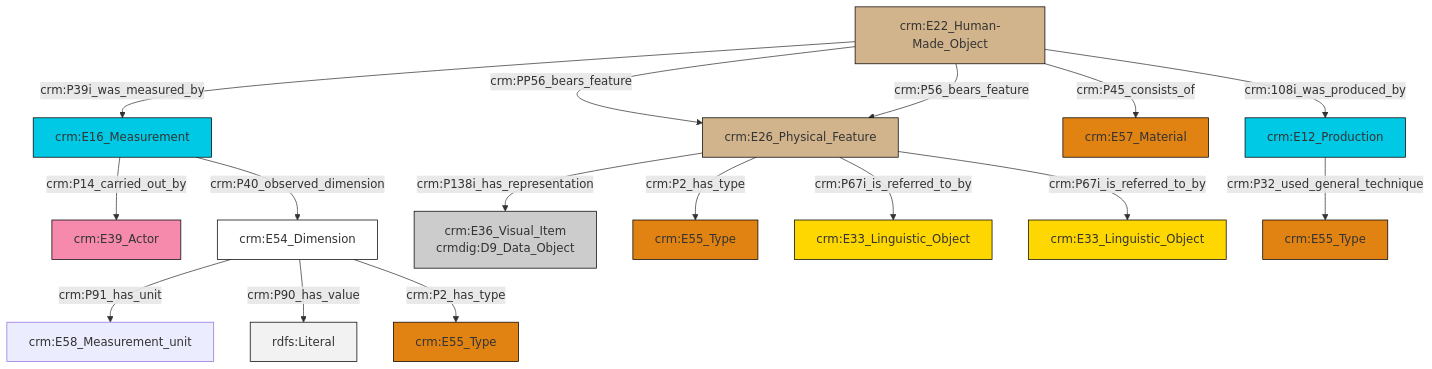
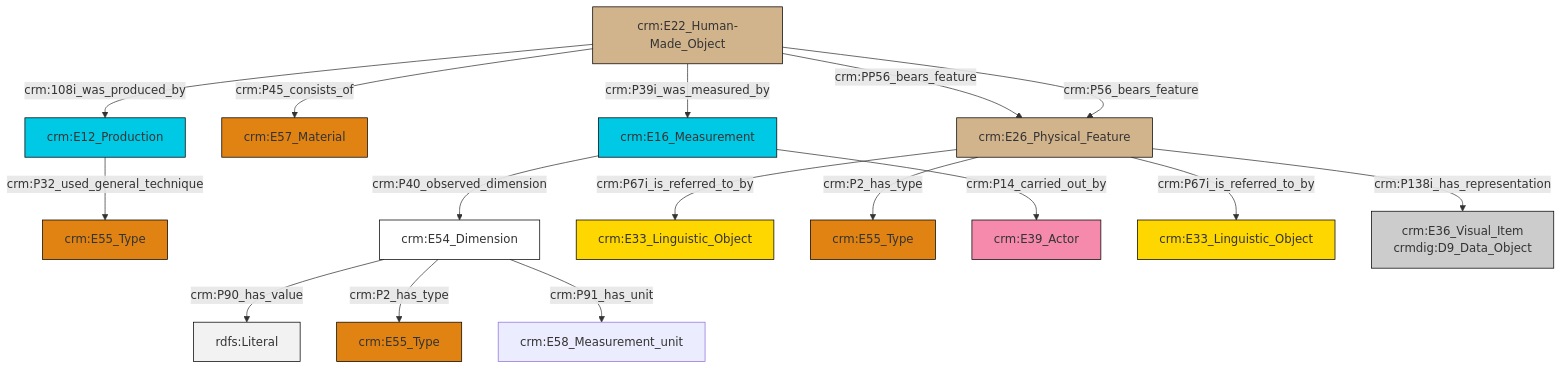
The diagram in et/carrierCSV/ttl/mmd/carrier_substance.ttl.mmd (swiss-art-research-net/docs.swissartresearch), drawn with Mermaid before and after one commit. The commit also changed 177 other files, not shown here.

```diff
--- a/et/carrierCSV/ttl/mmd/carrier_substance.ttl.mmd
+++ b/et/carrierCSV/ttl/mmd/carrier_substance.ttl.mmd
@@ -1,30 +1,30 @@
 graph TD
 classDef Literal fill:#f2f2f2,stroke:#000000;
 classDef CRM_Entity fill:#FFFFFF,stroke:#000000;
 classDef Temporal_Entity fill:#00C9E6, stroke:#000000;
 classDef Type fill:#E18312, stroke:#000000;
 classDef Time-Span fill:#2C9C91, stroke:#000000;
 classDef Appellation fill:#FFEB7F, stroke:#000000;
 classDef Place fill:#008836, stroke:#000000;
 classDef Persistent_Item fill:#B266B2, stroke:#000000;
 classDef Conceptual_Object fill:#FFD700, stroke:#000000;
 classDef Physical_Thing fill:#D2B48C, stroke:#000000;
 classDef Actor fill:#f58aad, stroke:#000000;
 classDef PC_Classes fill:#4ce600, stroke:#000000;
 classDef Multi fill:#cccccc,stroke:#000000;
 
-0["crm:E16_Measurement"]:::Temporal_Entity -->|crm:P14_carried_out_by| 1["crm:E39_Actor"]:::Actor
-0["crm:E16_Measurement"]:::Temporal_Entity -->|crm:P40_observed_dimension| 2["crm:E54_Dimension"]:::CRM_Entity
-3["crm:E26_Physical_Feature"]:::Physical_Thing -->|crm:P138i_has_representation| 4["crm:E36_Visual_Item<br>crmdig:D9_Data_Object"]:::Multi
-7["crm:E22_Human-Made_Object"]:::Physical_Thing -->|crm:P45_consists_of| 5["crm:E57_Material"]:::Type
-7["crm:E22_Human-Made_Object"]:::Physical_Thing -->|crm:108i_was_produced_by| 8["crm:E12_Production"]:::Temporal_Entity
-3["crm:E26_Physical_Feature"]:::Physical_Thing -->|crm:P67i_is_referred_to_by| 12["crm:E33_Linguistic_Object"]:::Conceptual_Object
-3["crm:E26_Physical_Feature"]:::Physical_Thing -->|crm:P67i_is_referred_to_by| 16["crm:E33_Linguistic_Object"]:::Conceptual_Object
-7["crm:E22_Human-Made_Object"]:::Physical_Thing -->|crm:P39i_was_measured_by| 0["crm:E16_Measurement"]:::Temporal_Entity
-8["crm:E12_Production"]:::Temporal_Entity -->|crm:P32_used_general_technique| 18["crm:E55_Type"]:::Type
-3["crm:E26_Physical_Feature"]:::Physical_Thing -->|crm:P2_has_type| 9["crm:E55_Type"]:::Type
-2["crm:E54_Dimension"]:::CRM_Entity -->|crm:P91_has_unit| 19["crm:E58_Measurement_unit"]:::Default
-2["crm:E54_Dimension"]:::CRM_Entity -->|crm:P90_has_value| 23[rdfs:Literal]:::Literal
-7["crm:E22_Human-Made_Object"]:::Physical_Thing -->|crm:PP56_bears_feature| 3["crm:E26_Physical_Feature"]:::Physical_Thing
-2["crm:E54_Dimension"]:::CRM_Entity -->|crm:P2_has_type| 28["crm:E55_Type"]:::Type
-7["crm:E22_Human-Made_Object"]:::Physical_Thing -->|crm:P56_bears_feature| 3["crm:E26_Physical_Feature"]:::Physical_Thing
+2["crm:E22_Human-Made_Object"]:::Physical_Thing -->|crm:PP56_bears_feature| 3["crm:E26_Physical_Feature"]:::Physical_Thing
+3["crm:E26_Physical_Feature"]:::Physical_Thing -->|crm:P67i_is_referred_to_by| 7["crm:E33_Linguistic_Object"]:::Conceptual_Object
+3["crm:E26_Physical_Feature"]:::Physical_Thing -->|crm:P2_has_type| 8["crm:E55_Type"]:::Type
+2["crm:E22_Human-Made_Object"]:::Physical_Thing -->|crm:P45_consists_of| 9["crm:E57_Material"]:::Type
+10["crm:E16_Measurement"]:::Temporal_Entity -->|crm:P14_carried_out_by| 11["crm:E39_Actor"]:::Actor
+2["crm:E22_Human-Made_Object"]:::Physical_Thing -->|crm:108i_was_produced_by| 12["crm:E12_Production"]:::Temporal_Entity
+4["crm:E54_Dimension"]:::CRM_Entity -->|crm:P90_has_value| 13[rdfs:Literal]:::Literal
+12["crm:E12_Production"]:::Temporal_Entity -->|crm:P32_used_general_technique| 0["crm:E55_Type"]:::Type
+4["crm:E54_Dimension"]:::CRM_Entity -->|crm:P2_has_type| 14["crm:E55_Type"]:::Type
+10["crm:E16_Measurement"]:::Temporal_Entity -->|crm:P40_observed_dimension| 4["crm:E54_Dimension"]:::CRM_Entity
+2["crm:E22_Human-Made_Object"]:::Physical_Thing -->|crm:P56_bears_feature| 3["crm:E26_Physical_Feature"]:::Physical_Thing
+3["crm:E26_Physical_Feature"]:::Physical_Thing -->|crm:P138i_has_representation| 22["crm:E36_Visual_Item<br>crmdig:D9_Data_Object"]:::Multi
+4["crm:E54_Dimension"]:::CRM_Entity -->|crm:P91_has_unit| 16["crm:E58_Measurement_unit"]:::Default
+3["crm:E26_Physical_Feature"]:::Physical_Thing -->|crm:P67i_is_referred_to_by| 20["crm:E33_Linguistic_Object"]:::Conceptual_Object
+2["crm:E22_Human-Made_Object"]:::Physical_Thing -->|crm:P39i_was_measured_by| 10["crm:E16_Measurement"]:::Temporal_Entity
```
